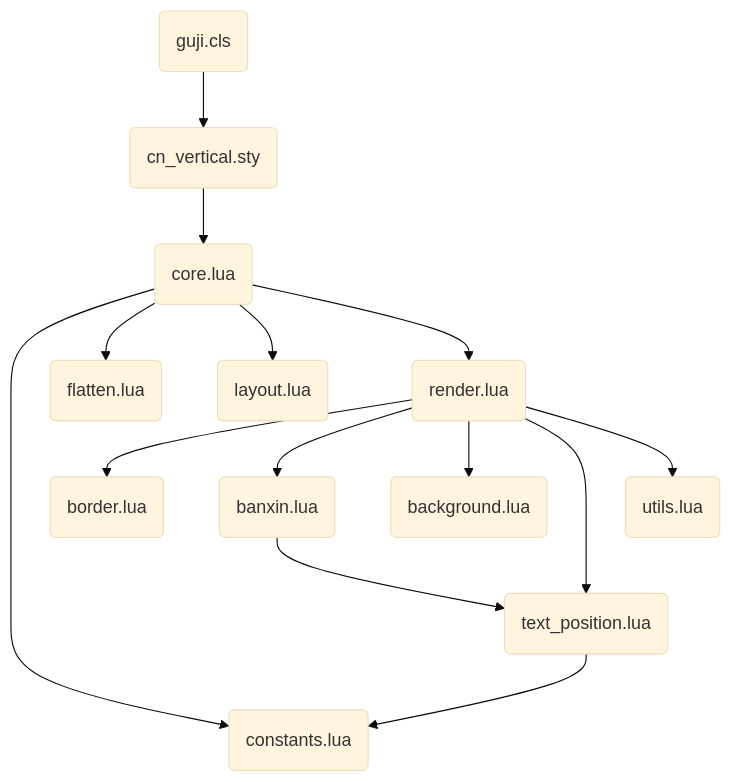
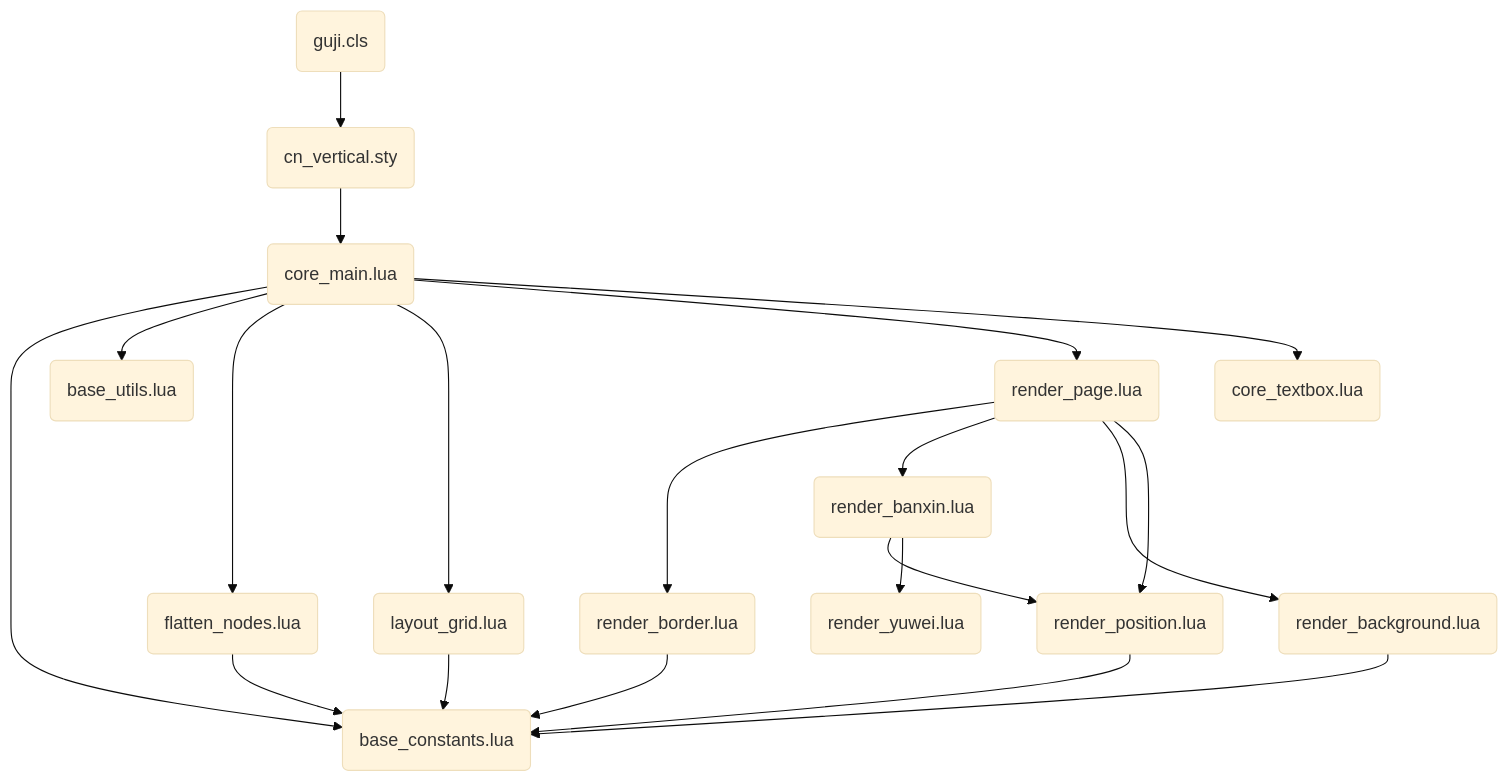
One commit to open-guji/luatex-cn changed the diagram in cn_vertical/README.md. Above: the diagram before and after it, drawn with Mermaid (base theme). The commit also changed other lines of this file and 13 other files, not shown here.

````diff
--- a/cn_vertical/README.md
+++ b/cn_vertical/README.md
@@ -63,18 +78,25 @@
 ```mermaid
 graph TD
-    ST(cn_vertical.sty) --> CORE(core.lua)
+    ST(cn_vertical.sty) --> CORE(core_main.lua)
     CLS(guji.cls) --> ST
-    CORE --> CONST(constants.lua)
-    CORE --> FLATTEN(flatten.lua)
-    CORE --> LAYOUT(layout.lua)
-    CORE --> RENDER(render.lua)
-    
-    RENDER --> BORDER(border.lua)
-    RENDER --> BANXIN(banxin.lua)
-    RENDER --> BG(background.lua)
-    RENDER --> POS(text_position.lua)
-    RENDER --> UTILS(utils.lua)
-    
+    CORE --> CONST(base_constants.lua)
+    CORE --> UTILS(base_utils.lua)
+    CORE --> FLATTEN(flatten_nodes.lua)
+    CORE --> LAYOUT(layout_grid.lua)
+    CORE --> RENDER(render_page.lua)
+    CORE --> TEXTBOX(core_textbox.lua)
+
+    RENDER --> BORDER(render_border.lua)
+    RENDER --> BANXIN(render_banxin.lua)
+    RENDER --> BG(render_background.lua)
+    RENDER --> POS(render_position.lua)
+
     BANXIN --> POS
+    BANXIN --> YUWEI(render_yuwei.lua)
     POS --> CONST
+
+    FLATTEN --> CONST
+    LAYOUT --> CONST
+    BORDER --> CONST
+    BG --> CONST
 ```
````
